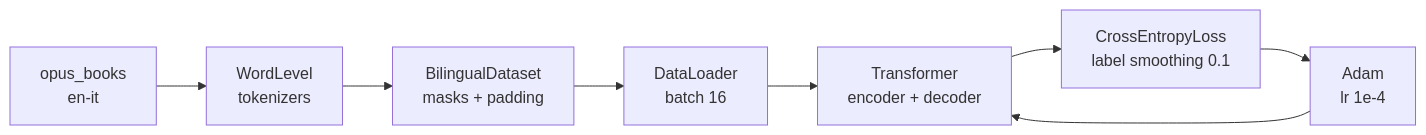
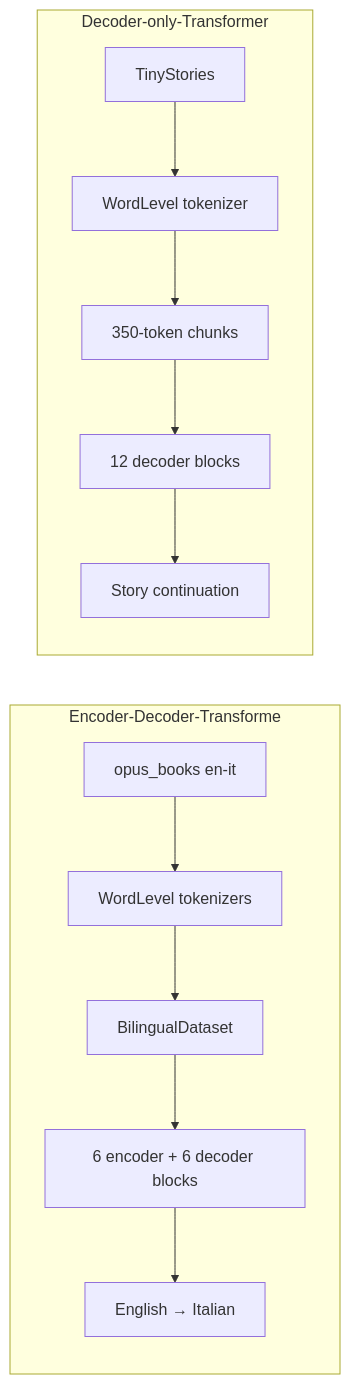
Before and after one commit to AgabaEmbedded/Transformer-From-Scratch: the diagram in README.md, drawn with Mermaid. The commit also changed other lines of this file and 15 other files, not shown here.

Commit message:
added decoder only architecture code

````diff
--- a/README.md
+++ b/README.md
@@ -28,10 +39,15 @@
 ```mermaid
 flowchart LR
-  A["opus_books<br/>en-it"] --> B["WordLevel<br/>tokenizers"]
-  B --> C["BilingualDataset<br/>masks + padding"]
-  C --> D["DataLoader<br/>batch 16"]
-  D --> E["Transformer<br/>encoder + decoder"]
-  E --> F["CrossEntropyLoss<br/>label smoothing 0.1"]
-  F --> G["Adam<br/>lr 1e-4"]
-  G --> E
+  subgraph ED["Encoder-Decoder-Transforme"]
+    A1["opus_books en-it"] --> B1["WordLevel tokenizers"]
+    B1 --> C1["BilingualDataset"]
+    C1 --> D1["6 encoder + 6 decoder blocks"]
+    D1 --> E1["English → Italian"]
+  end
+  subgraph DO["Decoder-only-Transformer"]
+    A2["TinyStories"] --> B2["WordLevel tokenizer"]
+    B2 --> C2["350-token chunks"]
+    C2 --> D2["12 decoder blocks"]
+    D2 --> E2["Story continuation"]
+  end
 ```
````
